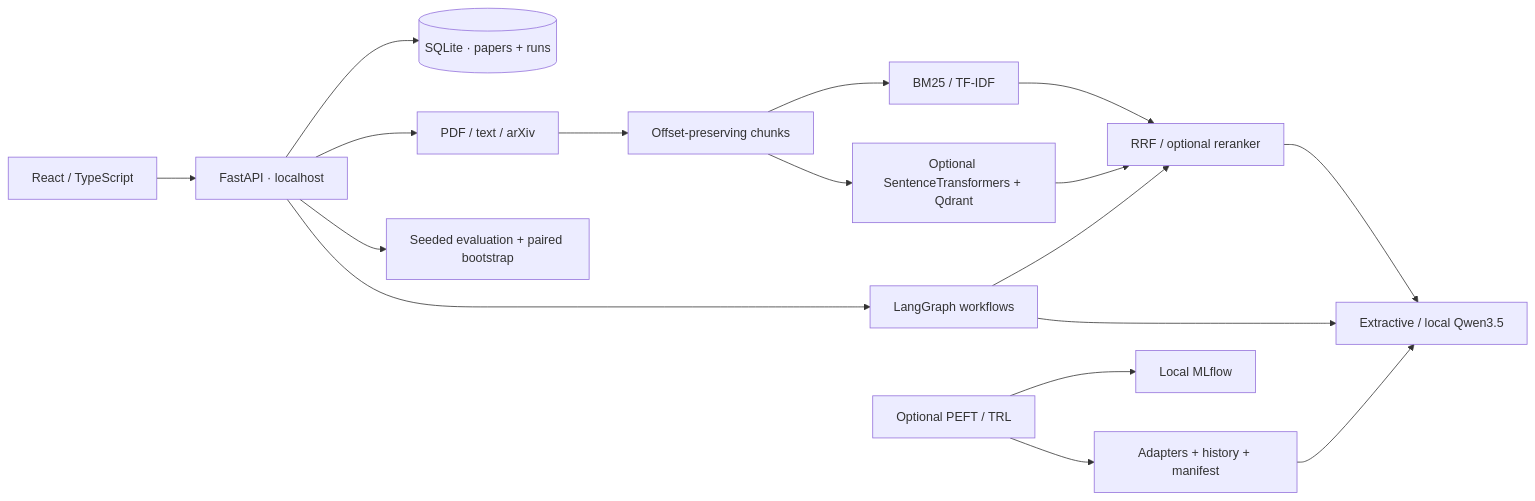
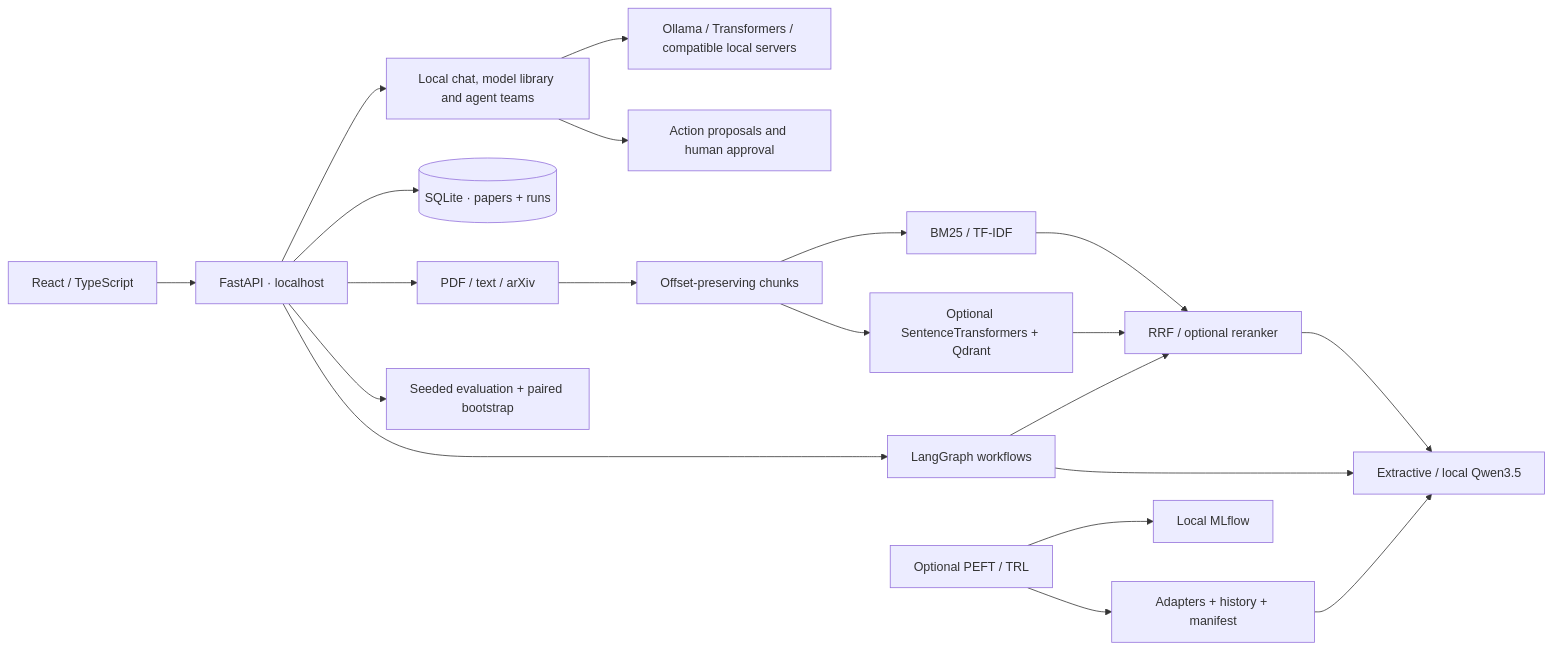
Before and after one commit to massibrevo/evidencelab: the diagram in README.md, drawn with Mermaid. The commit also changed other lines of this file and 21 other files, not shown here.

Commit message:
Publish EvidenceLab workbench and model library

````diff
--- a/README.md
+++ b/README.md
@@ -97,19 +109,22 @@
 ```mermaid
 flowchart LR
   UI[React / TypeScript] --> API[FastAPI · localhost]
+  API --> Hub[Local chat, model library and agent teams]
+  Hub --> Runtime[Ollama / Transformers / compatible local servers]
+  Hub --> Review[Action proposals and human approval]
   API --> DB[(SQLite · papers + runs)]
   API --> Ingest[PDF / text / arXiv]
   Ingest --> Chunks[Offset-preserving chunks]
   Chunks --> Sparse[BM25 / TF-IDF]
   Chunks --> Dense[Optional SentenceTransformers + Qdrant]
   Sparse --> Fusion[RRF / optional reranker]
   Dense --> Fusion
   Fusion --> Gen[Extractive / local Qwen3.5]
   API --> Agents[LangGraph workflows]
   Agents --> Fusion
   Agents --> Gen
   API --> Eval[Seeded evaluation + paired bootstrap]
   Train[Optional PEFT / TRL] --> Adapter[Adapters + history + manifest]
   Adapter --> Gen
   Train --> MLflow[Local MLflow]
 ```
````
